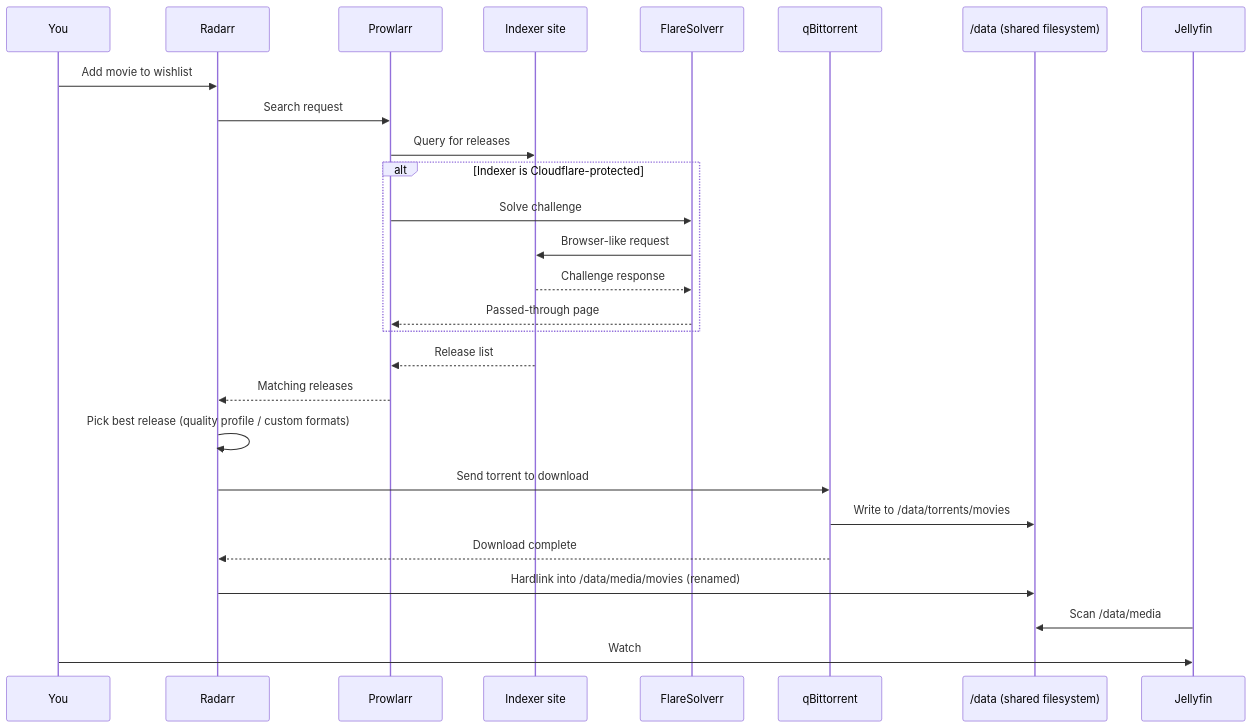
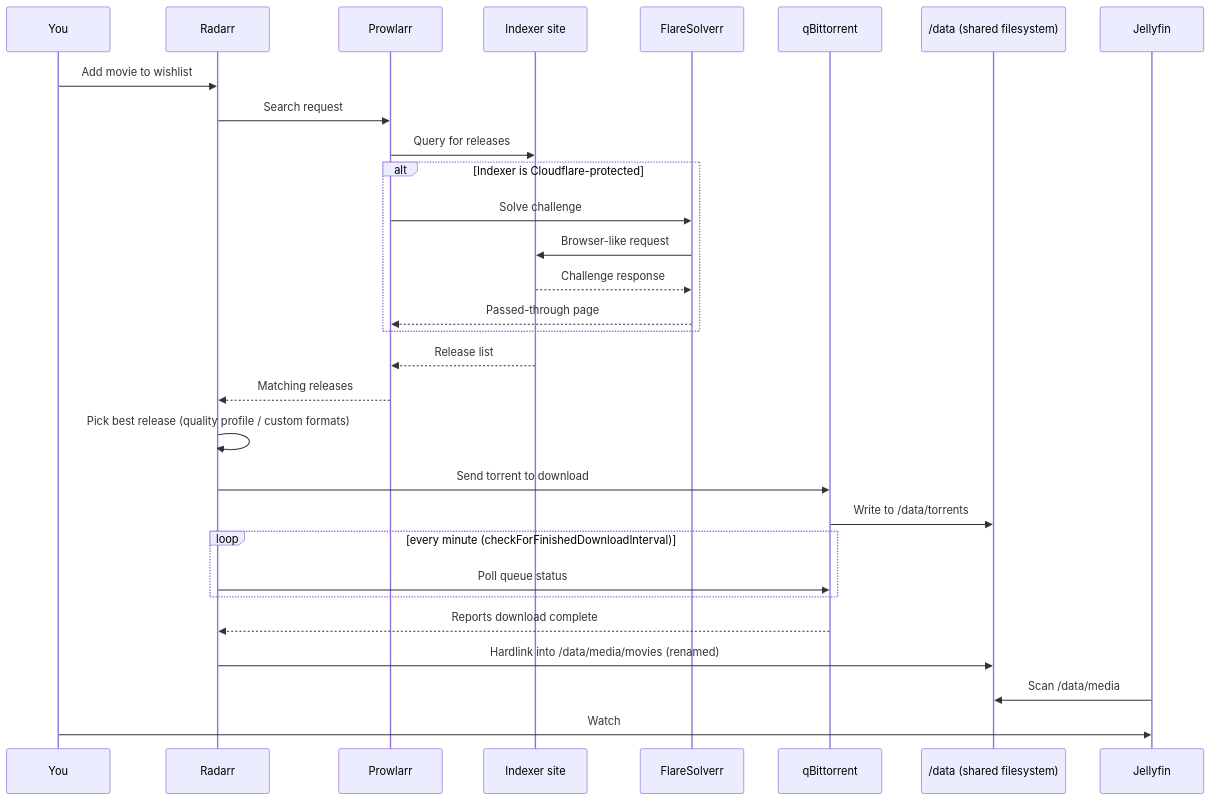
The second of 2 diagrams in docs/ARCHITECTURE.md (hiepgithub2001/nas-lab), drawn with Mermaid before and after one commit. The commit also changed other lines of this file and 1 other file, not shown here.

````diff
--- a/docs/ARCHITECTURE.md
+++ b/docs/ARCHITECTURE.md
@@ -66,30 +76,33 @@
 ```mermaid
 sequenceDiagram
     participant You
     participant Radarr
     participant Prowlarr
     participant Indexer as Indexer site
     participant FlareSolverr
     participant qBittorrent
     participant Disk as /data (shared filesystem)
     participant Jellyfin
 
     You->>Radarr: Add movie to wishlist
     Radarr->>Prowlarr: Search request
     Prowlarr->>Indexer: Query for releases
     alt Indexer is Cloudflare-protected
         Prowlarr->>FlareSolverr: Solve challenge
         FlareSolverr->>Indexer: Browser-like request
         Indexer-->>FlareSolverr: Challenge response
         FlareSolverr-->>Prowlarr: Passed-through page
     end
     Indexer-->>Prowlarr: Release list
     Prowlarr-->>Radarr: Matching releases
     Radarr->>Radarr: Pick best release (quality profile / custom formats)
     Radarr->>qBittorrent: Send torrent to download
-    qBittorrent->>Disk: Write to /data/torrents/movies
-    qBittorrent-->>Radarr: Download complete
+    qBittorrent->>Disk: Write to /data/torrents
+    loop every minute (checkForFinishedDownloadInterval)
+        Radarr->>qBittorrent: Poll queue status
+    end
+    qBittorrent-->>Radarr: Reports download complete
     Radarr->>Disk: Hardlink into /data/media/movies (renamed)
     Jellyfin->>Disk: Scan /data/media
     You->>Jellyfin: Watch
 ```
````
